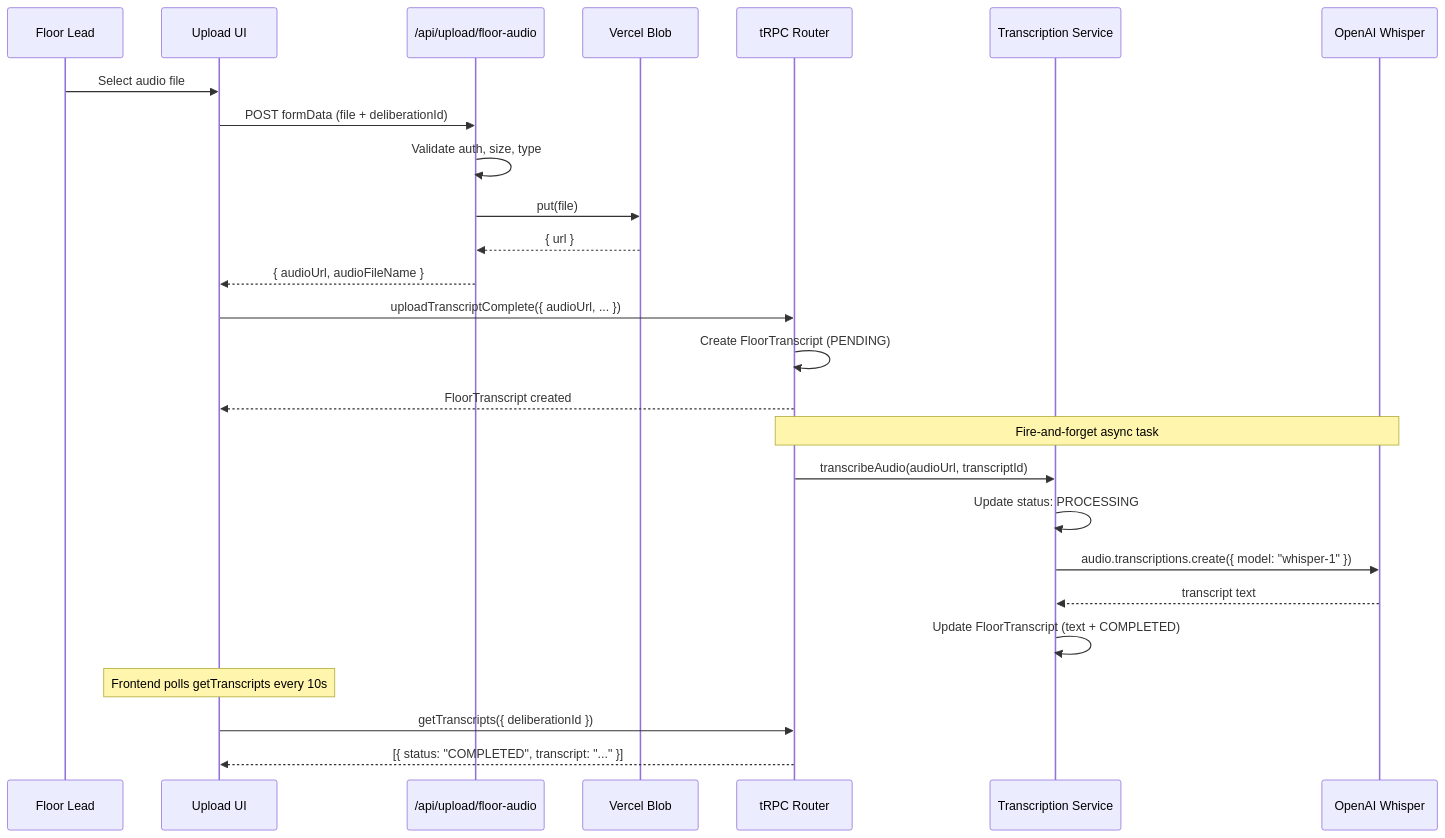
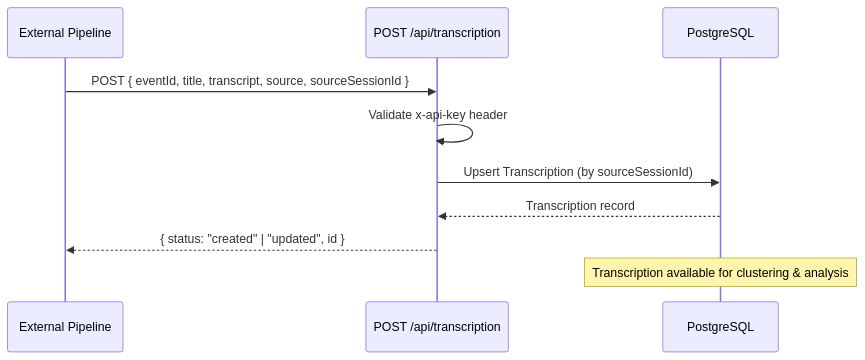
Before and after one commit to positonic/ai-crm: the fourth of 4 diagrams in SPEC-CONFERENCE-INTELLIGENCE-TECHNICAL.md, drawn with Mermaid. The commit also changed other lines of this file and 13 other files, not shown here.

First line of the commit message:
feat: add transcription model and related API endpoints

````diff
--- a/SPEC-CONFERENCE-INTELLIGENCE-TECHNICAL.md
+++ b/SPEC-CONFERENCE-INTELLIGENCE-TECHNICAL.md
@@ -957,32 +923,14 @@
 ```mermaid
 sequenceDiagram
-    participant FL as Floor Lead
-    participant UI as Upload UI
-    participant API as /api/upload/floor-audio
-    participant Blob as Vercel Blob
-    participant Router as tRPC Router
-    participant Svc as Transcription Service
-    participant W as OpenAI Whisper
+    participant Ext as External Pipeline
+    participant API as POST /api/transcription
+    participant DB as PostgreSQL
 
-    FL->>UI: Select audio file
-    UI->>API: POST formData (file + deliberationId)
-    API->>API: Validate auth, size, type
-    API->>Blob: put(file)
-    Blob-->>API: { url }
-    API-->>UI: { audioUrl, audioFileName }
+    Ext->>API: POST { eventId, title, transcript, source, sourceSessionId }
+    API->>API: Validate x-api-key header
+    API->>DB: Upsert Transcription (by sourceSessionId)
+    DB-->>API: Transcription record
+    API-->>Ext: { status: "created" | "updated", id }
 
-    UI->>Router: uploadTranscriptComplete({ audioUrl, ... })
-    Router->>Router: Create FloorTranscript (PENDING)
-    Router-->>UI: FloorTranscript created
-
-    Note over Router,W: Fire-and-forget async task
-    Router->>Svc: transcribeAudio(audioUrl, transcriptId)
-    Svc->>Svc: Update status: PROCESSING
-    Svc->>W: audio.transcriptions.create({ model: "whisper-1" })
-    W-->>Svc: transcript text
-    Svc->>Svc: Update FloorTranscript (text + COMPLETED)
-
-    Note over UI: Frontend polls getTranscripts every 10s
-    UI->>Router: getTranscripts({ deliberationId })
-    Router-->>UI: [{ status: "COMPLETED", transcript: "..." }]
+    Note over DB: Transcription available for clustering & analysis
 ```
````
